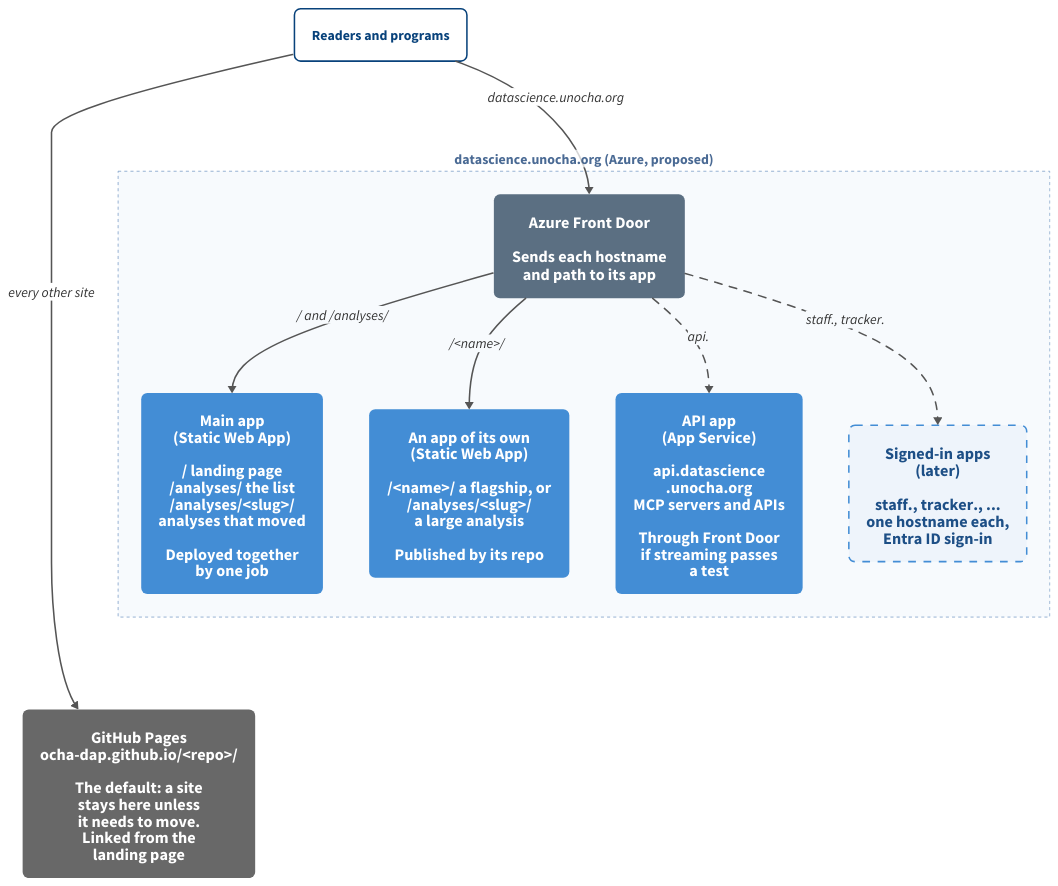
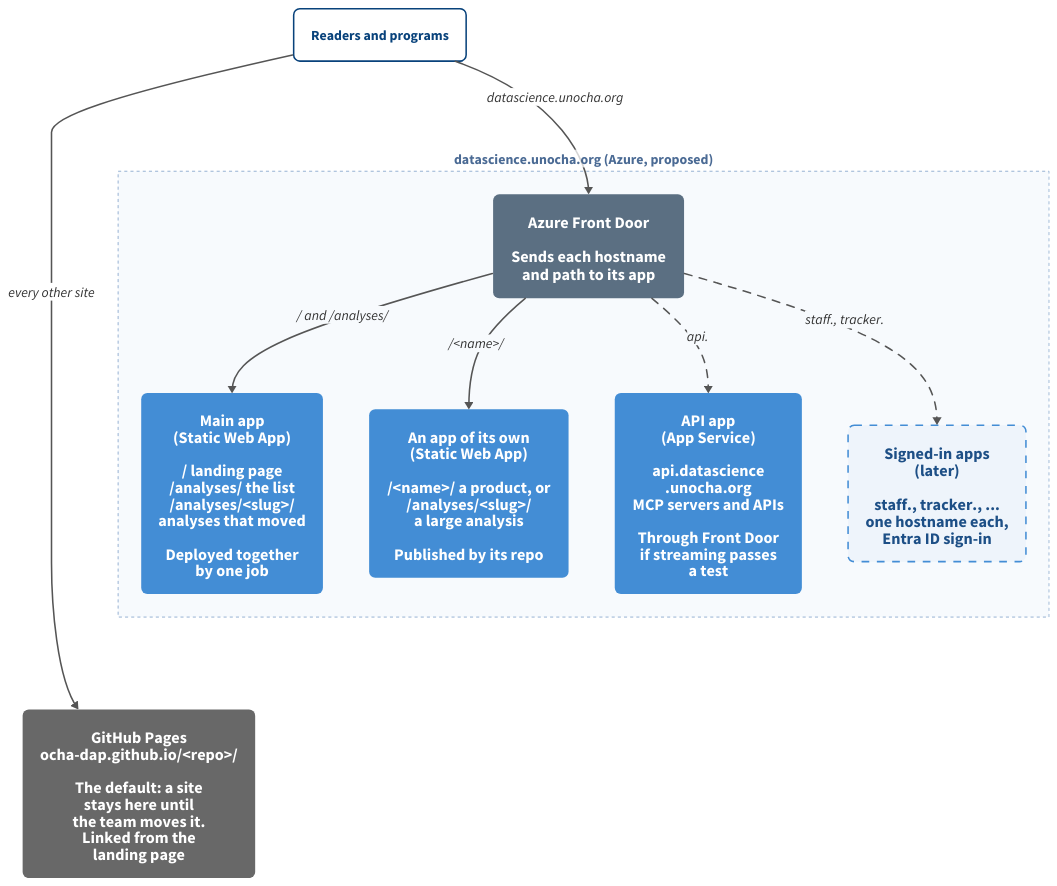
One commit to OCHA-DAP/ds-knowledge-base changed the diagram in infrastructure/datascience-site.d2. Above: the diagram before and after it, drawn with D2. The commit also changed 4 other files, not shown here.

First line of the commit message:
datascience-site: "flagship" becomes "product"; sites move one at a time as the team decides

```diff
--- a/infrastructure/datascience-site.d2
+++ b/infrastructure/datascience-site.d2
@@ -1,54 +1,54 @@
 # How the parts of datascience.unocha.org (proposed, D126) relate.
 # Render: d2 --layout elk --pad 20 --elk-nodeNodeBetweenLayers 40 --elk-edgeNodeBetweenLayers 30 infrastructure/datascience-site.d2 infrastructure/datascience-site.svg
 # Kept basic on purpose: one box per kind of part, six arrows, no counts or costs.
 # Dashed = not settled: signed-in apps come later; the api. route depends on a streaming test.
 # Plain-text labels: D2 clips Markdown labels and draws code spans as white pills.
 
 direction: down
 
 classes: {
   azure: {
     style: {fill: "#438dd5"; font-color: white; stroke-width: 0; border-radius: 8; font-size: 21}
   }
   later: {
     style: {fill: "#eef4fb"; font-color: "#1d4f86"; stroke: "#438dd5"; stroke-dash: 5; stroke-width: 2; border-radius: 8; font-size: 21}
   }
   gateway: {
     style: {fill: "#5b6f82"; font-color: white; stroke-width: 0; border-radius: 8; font-size: 21}
   }
   github: {
     style: {fill: "#686868"; font-color: white; stroke-width: 0; border-radius: 8; font-size: 21}
   }
 }
 
 (** -> **)[*]: {style: {stroke: "#555555"; font-color: "#333333"; font-size: 18; stroke-width: 2}}
 
 readers: "Readers and programs" {
   style: {fill: "#ffffff"; stroke: "#08427b"; stroke-width: 2; border-radius: 8; font-color: "#08427b"; font-size: 18; bold: true}
 }
 
-pages: "GitHub Pages\nocha-dap.github.io/<repo>/\n\nThe default: a site\nstays here unless\nit needs to move.\nLinked from the\nlanding page" {class: github}
+pages: "GitHub Pages\nocha-dap.github.io/<repo>/\n\nThe default: a site\nstays here until\nthe team moves it.\nLinked from the\nlanding page" {class: github}
 
 site: "datascience.unocha.org (Azure, proposed)" {
   style: {fill: "#f7fafd"; stroke: "#7a9cc6"; stroke-dash: 4; stroke-width: 1; font-color: "#4a6a94"; font-size: 18; bold: true}
 
   fd: "Azure Front Door\n\nSends each hostname\nand path to its app" {class: gateway}
 
   main: "Main app\n(Static Web App)\n\n/ landing page\n/analyses/ the list\n/analyses/<slug>/\nanalyses that moved\n\nDeployed together\nby one job" {class: azure}
 
-  own: "An app of its own\n(Static Web App)\n\n/<name>/ a flagship, or\n/analyses/<slug>/\na large analysis\n\nPublished by its repo" {class: azure}
+  own: "An app of its own\n(Static Web App)\n\n/<name>/ a product, or\n/analyses/<slug>/\na large analysis\n\nPublished by its repo" {class: azure}
 
   api: "API app\n(App Service)\n\napi.datascience\n.unocha.org\nMCP servers and APIs\n\nThrough Front Door\nif streaming passes\na test" {class: azure}
 
   signed: "Signed-in apps\n(later)\n\nstaff., tracker., ...\none hostname each,\nEntra ID sign-in" {class: later}
 
   fd -> api: "api." {style.stroke-dash: 5}
   fd -> main: "/ and /analyses/"
   fd -> own: "/<name>/"
   fd -> signed: "staff., tracker." {style.stroke-dash: 5}
 }
 
 readers -> site.fd: "datascience.unocha.org"
 readers -> pages: "every other site"
 # Layout only (not drawn): keeps GitHub Pages below the Azure group, so the diagram stays narrow enough to read.
 site.main -> pages: {style.opacity: 0}
```
